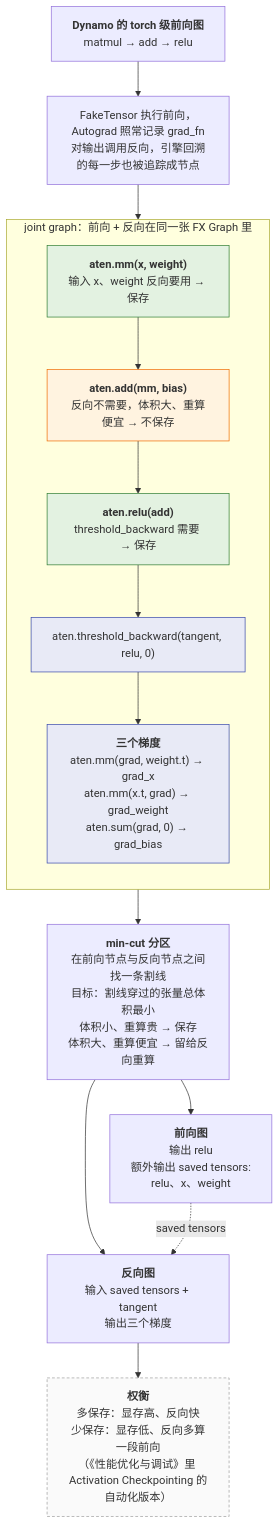
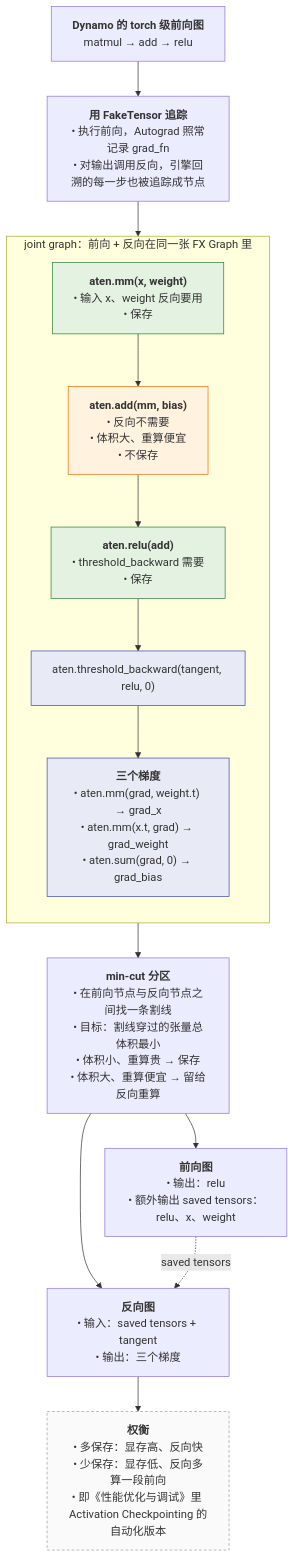
Before and after one commit to arganzheng/arganzheng.github.com: the sixth of 12 diagrams in _posts/2026-02-23-pytorch-compilation-and-graph-optimization.md, drawn with Mermaid. The commit also changed other lines of this file and 2 other files, not shown here.

First line of the commit message:
PyTorch 编译执行与图优化：按 6 条划线评论修改（Discussion #372）

````diff
--- a/_posts/2026-02-23-pytorch-compilation-and-graph-optimization.md
+++ b/_posts/2026-02-23-pytorch-compilation-and-graph-optimization.md
@@ -572,29 +660,29 @@
 ```mermaid
 %% 图：AOTAutograd 的 joint graph：前向与反向节点在同一张图上，切分器的割线决定哪些中间值成为 saved tensors
 flowchart TB
     IN["<b>Dynamo 的 torch 级前向图</b><br/>matmul → add → relu"]
-    IN --> TR["FakeTensor 执行前向，Autograd 照常记录 grad_fn<br/>对输出调用反向，引擎回溯的每一步也被追踪成节点"]
+    IN --> TR["<b>用 FakeTensor 追踪</b><br/>• 执行前向，Autograd 照常记录 grad_fn<br/>• 对输出调用反向，引擎回溯的每一步也被追踪成节点"]
     TR --> JG
     subgraph JG["joint graph：前向 + 反向在同一张 FX Graph 里"]
         direction TB
-        MM["<b>aten.mm(x, weight)</b><br/>输入 x、weight 反向要用 → 保存"]
-        ADD["<b>aten.add(mm, bias)</b><br/>反向不需要，体积大、重算便宜 → 不保存"]
-        RL["<b>aten.relu(add)</b><br/>threshold_backward 需要 → 保存"]
+        MM["<b>aten.mm(x, weight)</b><br/>• 输入 x、weight 反向要用<br/>• 保存"]
+        ADD["<b>aten.add(mm, bias)</b><br/>• 反向不需要<br/>• 体积大、重算便宜<br/>• 不保存"]
+        RL["<b>aten.relu(add)</b><br/>• threshold_backward 需要<br/>• 保存"]
         THB["aten.threshold_backward(tangent, relu, 0)"]
-        GR["<b>三个梯度</b><br/>aten.mm(grad, weight.t) → grad_x<br/>aten.mm(x.t, grad) → grad_weight<br/>aten.sum(grad, 0) → grad_bias"]
+        GR["<b>三个梯度</b><br/>• aten.mm(grad, weight.t) → grad_x<br/>• aten.mm(x.t, grad) → grad_weight<br/>• aten.sum(grad, 0) → grad_bias"]
         MM --> ADD --> RL --> THB --> GR
     end
-    JG --> CUT["<b>min-cut 分区</b><br/>在前向节点与反向节点之间找一条割线<br/>目标：割线穿过的张量总体积最小<br/>体积小、重算贵 → 保存<br/>体积大、重算便宜 → 留给反向重算"]
-    CUT --> FW["<b>前向图</b><br/>输出 relu<br/>额外输出 saved tensors:<br/>relu、x、weight"]
-    CUT --> BW["<b>反向图</b><br/>输入 saved tensors + tangent<br/>输出三个梯度"]
+    JG --> CUT["<b>min-cut 分区</b><br/>• 在前向节点与反向节点之间找一条割线<br/>• 目标：割线穿过的张量总体积最小<br/>• 体积小、重算贵 → 保存<br/>• 体积大、重算便宜 → 留给反向重算"]
+    CUT --> FW["<b>前向图</b><br/>• 输出：relu<br/>• 额外输出 saved tensors：relu、x、weight"]
+    CUT --> BW["<b>反向图</b><br/>• 输入：saved tensors + tangent<br/>• 输出：三个梯度"]
     FW -.->|"saved tensors"| BW
-    BW --> TRADE["<b>权衡</b><br/>多保存：显存高、反向快<br/>少保存：显存低、反向多算一段前向<br/>（《性能优化与调试》里 Activation Checkpointing 的自动化版本）"]
+    BW --> TRADE["<b>权衡</b><br/>• 多保存：显存高、反向快<br/>• 少保存：显存低、反向多算一段前向<br/>• 即《性能优化与调试》里 Activation Checkpointing 的自动化版本"]
     classDef saved fill:#e3f2e1,stroke:#2e7d32;
     classDef recomp fill:#fff3e0,stroke:#ef6c00;
     classDef bwd fill:#e8eaf6,stroke:#3949ab;
     classDef note fill:#fafafa,stroke:#9e9e9e,stroke-dasharray: 4 3;
     class MM,RL saved;
     class ADD recomp;
     class THB,GR bwd;
     class TRADE note;
 ```
````
